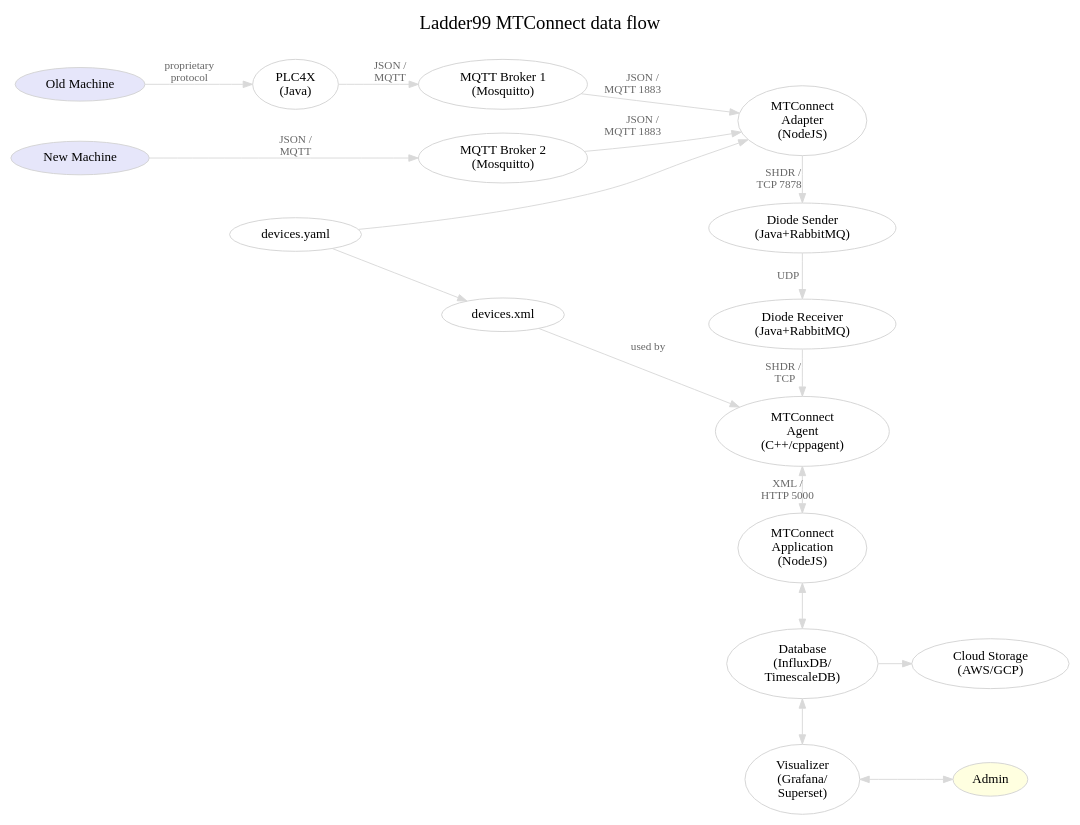
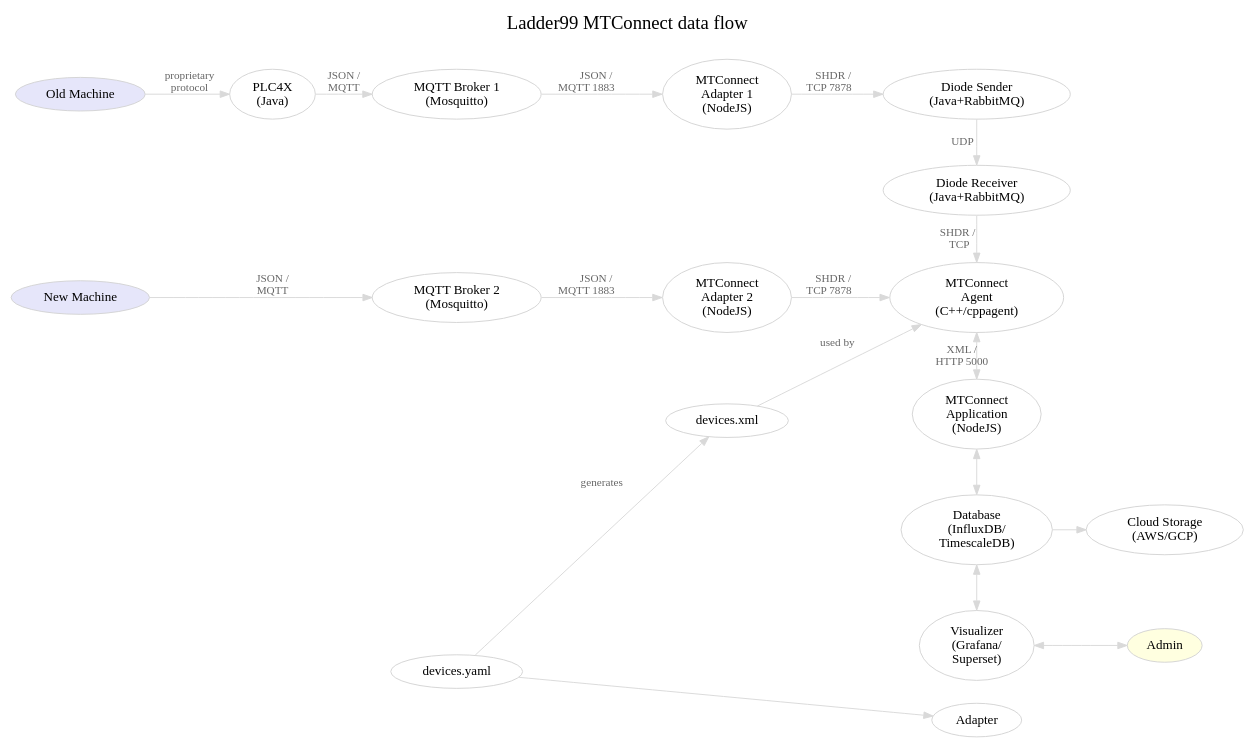
One commit to Ladder99/ladder99 changed the diagram in docs/architecture.dot. Above: the diagram before and after it, drawn with Graphviz. The commit also changed 7 other files, not shown here.

```diff
--- a/docs/architecture.dot
+++ b/docs/architecture.dot
@@ -1,61 +1,63 @@
 digraph "ladder99-adapter" {
 
   // styles
   graph [ label="Ladder99 MTConnect data flow\n "; color=lightgray; ];
   graph [ fontsize=20 ];
   graph [ labelloc=t ];
   graph [ ranksep=0.2 ];
   graph [ nodesep=0.35 ];
   graph [ rankdir=LR; ] // left-to-right
   node [ color=lightgray; fillcolor=white; style=filled ];
   edge [ color=gray85 ];
   edge [ fontsize=12; fontcolor=gray40; ];
 
   // nodes
   OldMachine [ fillcolor=lavender; label="Old Machine" ];
   NewMachine [ fillcolor=lavender; label="New Machine" ];
   PLC4X [ label="PLC4X\n(Java)" ];
   Broker1 [ label="MQTT Broker 1\n(Mosquitto)" ];
   Broker2 [ label="MQTT Broker 2\n(Mosquitto)" ];
-  Adapter [ fillcolor=white; label="MTConnect\nAdapter\n(NodeJS)" ];
+  Adapter1 [ fillcolor=white; label="MTConnect\nAdapter 1\n(NodeJS)" ];
+  Adapter2 [ fillcolor=white; label="MTConnect\nAdapter 2\n(NodeJS)" ];
   DevicesYaml [ label="devices.yaml" ];
   DiodeSender [ label="Diode Sender\n(Java+RabbitMQ)" ];
   DiodeReceiver [ label="Diode Receiver\n(Java+RabbitMQ)" ];
   Agent [ fillcolor=white; label="MTConnect\nAgent\n(C++/cppagent)" ];
   DevicesXml [ label="devices.xml" ];
   Application [ fillcolor=white; label="MTConnect\nApplication\n(NodeJS)" ];
   Database [ label="Database\n(InfluxDB/\nTimescaleDB)" ];
   Visualizer [ label="Visualizer\n(Grafana/\nSuperset)" ];
   Cloud [ label="Cloud Storage\n(AWS/GCP)" ];
   Admin [ fillcolor=lightyellow ];
   // LOI [ label="LOI\n(SvelteJS)" ];
   // Operator [ fillcolor=lightyellow ];
 
   // edges
   OldMachine -> PLC4X [ label="proprietary\nprotocol" ];
   PLC4X -> Broker1 [ label="JSON / \nMQTT" ];
   NewMachine -> Broker2 [ label="JSON / \nMQTT" ];
-  Broker1 -> Adapter [ label="JSON /    \nMQTT 1883           " ];
-  Broker2 -> Adapter [ label="JSON /    \nMQTT 1883           " ];
-  Adapter -> DiodeSender [ label="SHDR /   \nTCP 7878      " ];
+  Broker1 -> Adapter1 [ label="JSON /    \nMQTT 1883           " ];
+  Broker2 -> Adapter2 [ label="JSON /    \nMQTT 1883           " ];
+  Adapter1 -> DiodeSender [ label="SHDR /   \nTCP 7878      " ];
+  Adapter2 -> Agent [ label="SHDR /   \nTCP 7878      " ];
   DevicesYaml -> Adapter [ ];
-  DevicesYaml -> DevicesXml [ ];
+  DevicesYaml -> DevicesXml [ label="generates" ];
   DiodeSender -> DiodeReceiver [ label="UDP    " ];
   DiodeReceiver -> Agent [ label="SHDR /   \nTCP  " ];
   // Adapter -> Agent [ label="SHDR/\nTCP 7878" ];
   Agent -> Application [ dir=both; label="XML /\nHTTP 5000" ];
   DevicesXml -> Agent [ label="used by" ];
   Application -> Database [ dir=both ];
   Database -> Visualizer [ dir=both ];
   Database -> Cloud;
   Visualizer -> Admin [ dir=both ];
   // Application -> LOI;
   // LOI -> Operator;
 
   // rank
   { rank=same; OldMachine NewMachine };
   { rank=same; Broker1 Broker2 };
   // { rank=same; DevicesYaml DevicesXml };
   // { rank=same; PLC4X Broker Adapter DiodeSender DiodeReceiver Agent Application Database Visualizer };
   { rank=same; Adapter DiodeSender DiodeReceiver Agent Application Database Visualizer };
 }
```
